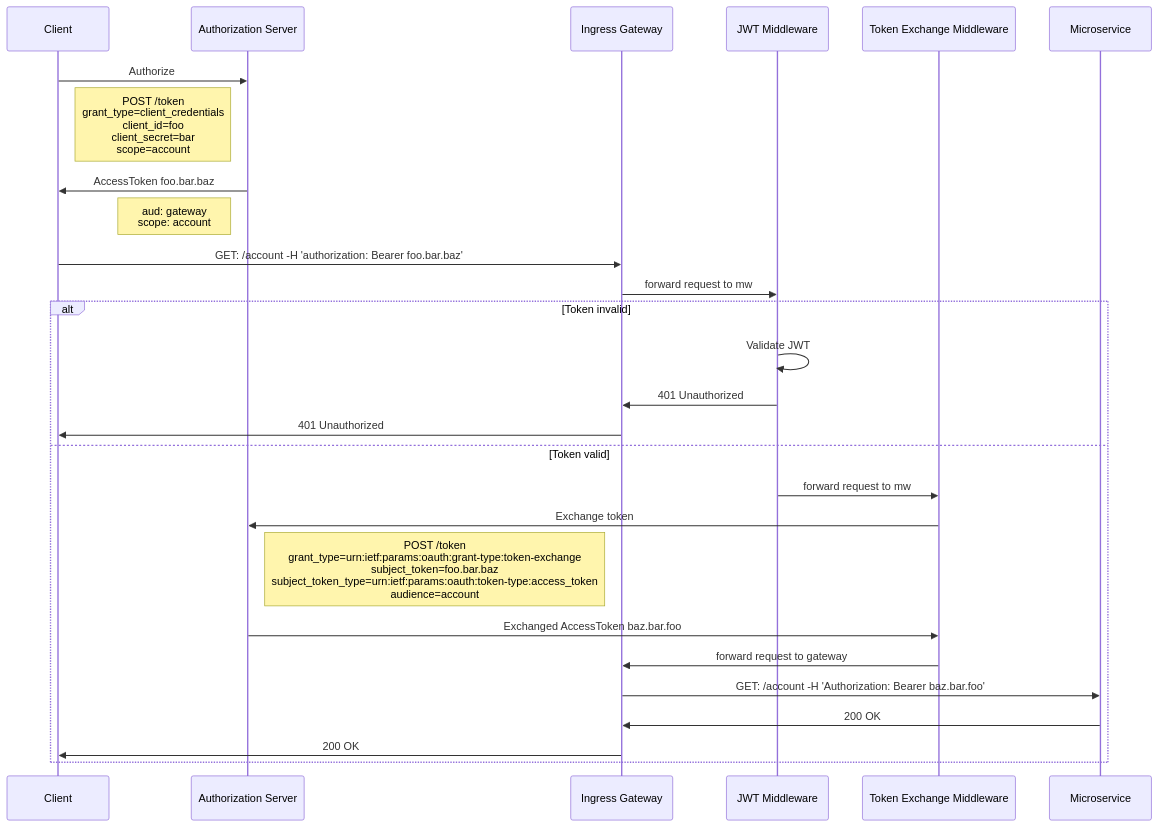
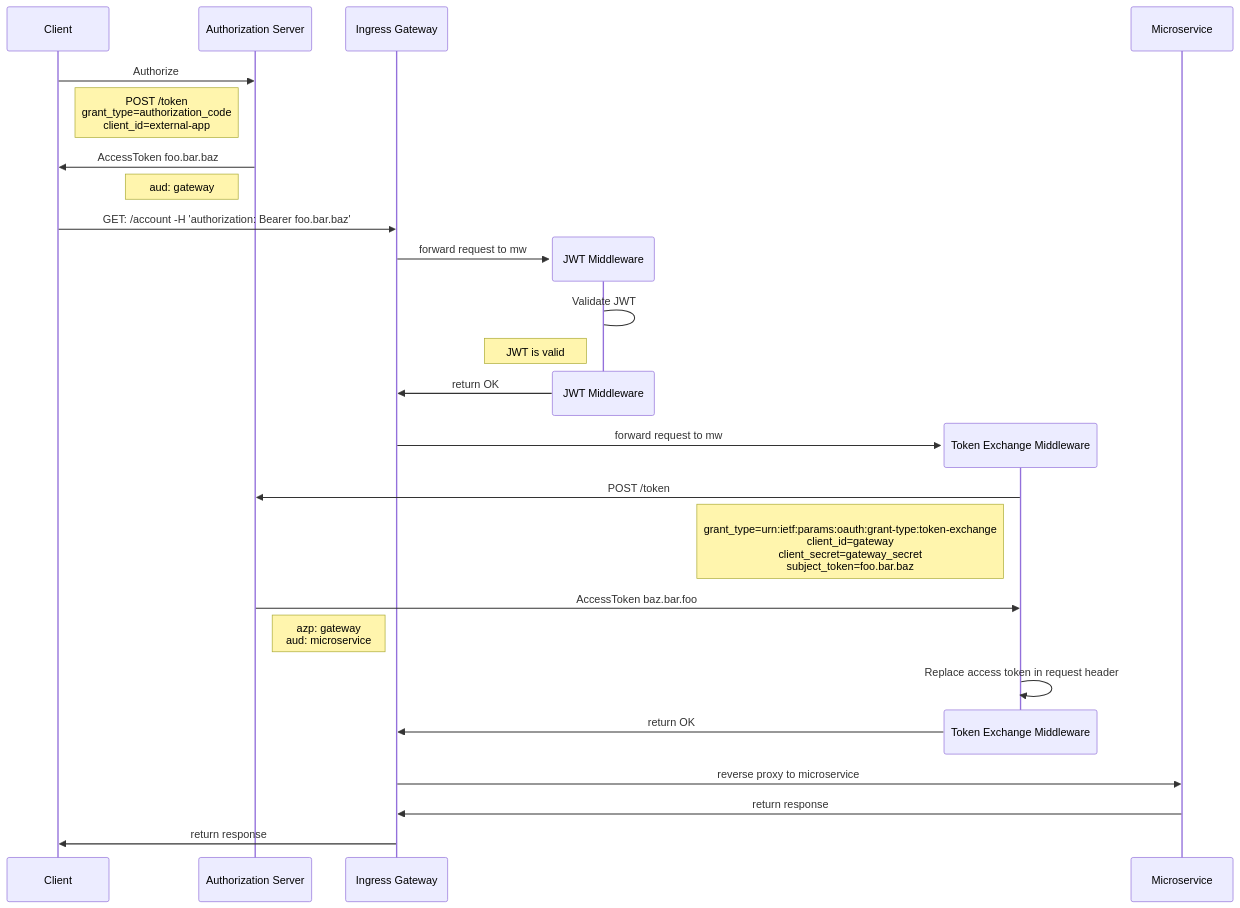
One commit to TykTechnologies/tyk changed the diagram in gateway/mw_tokenexchange.diagram.md. Above: the diagram before and after it, drawn with Mermaid.

Commit message:
fixing the diagram

````diff
--- a/gateway/mw_tokenexchange.diagram.md
+++ b/gateway/mw_tokenexchange.diagram.md
@@ -1,30 +1,32 @@
 ```mermaid
 sequenceDiagram
     participant Client
     participant AS as Authorization Server
     participant Tyk as Ingress Gateway
-    participant JWTMW as JWT Middleware
-    participant TokenExchangeMW as Token Exchange Middleware
-    participant MS as Microservice
+    
 
     Client->>AS: Authorize
-    note left of AS: POST /token<br />grant_type=client_credentials<br />client_id=foo<br />client_secret=bar<br />scope=account
+    note left of AS: POST /token<br />grant_type=authorization_code<br />client_id=external-app
     AS->>Client: AccessToken foo.bar.baz
-    note left of AS: aud: gateway<br />scope: account
+    note left of AS: aud: gateway
     Client->>Tyk: GET: /account -H 'authorization: Bearer foo.bar.baz'
+    create participant JWTMW as JWT Middleware
     Tyk->>JWTMW: forward request to mw
-    alt Token invalid
-        JWTMW->>JWTMW: Validate JWT
-        JWTMW->>Tyk: 401 Unauthorized
-        Tyk->>Client: 401 Unauthorized
-    else Token valid
-        JWTMW->>TokenExchangeMW: forward request to mw
-        TokenExchangeMW->>AS: Exchange token
-        note right of AS: POST /token<br />grant_type=urn:ietf:params:oauth:grant-type:token-exchange<br />subject_token=foo.bar.baz<br />subject_token_type=urn:ietf:params:oauth:token-type:access_token<br />audience=account
-        AS->>TokenExchangeMW: Exchanged AccessToken baz.bar.foo
-        TokenExchangeMW->>Tyk: forward request to gateway
-        Tyk->>MS: GET: /account -H 'Authorization: Bearer baz.bar.foo'
-        MS->>Tyk: 200 OK
-        Tyk->>Client: 200 OK
-    end
+    JWTMW->JWTMW: Validate JWT
+    note left of JWTMW: JWT is valid
+    destroy JWTMW
+    JWTMW->>Tyk: return OK
+    create participant TokenExchangeMW as Token Exchange Middleware
+    Tyk->>TokenExchangeMW: forward request to mw
+    TokenExchangeMW->>AS: POST /token
+    note left of TokenExchangeMW: <br />grant_type=urn:ietf:params:oauth:grant-type:token-exchange<br />client_id=gateway<br />client_secret=gateway_secret<br />subject_token=foo.bar.baz
+    AS->>TokenExchangeMW: AccessToken baz.bar.foo
+    note right of AS: azp: gateway<br />aud: microservice
+    TokenExchangeMW->>TokenExchangeMW: Replace access token in request header
+    destroy TokenExchangeMW
+    TokenExchangeMW->>Tyk: return OK
+    participant MS as Microservice
+    Tyk->>MS: reverse proxy to microservice
+    MS->>Tyk: return response
+    Tyk->>Client: return response
 ```
````
